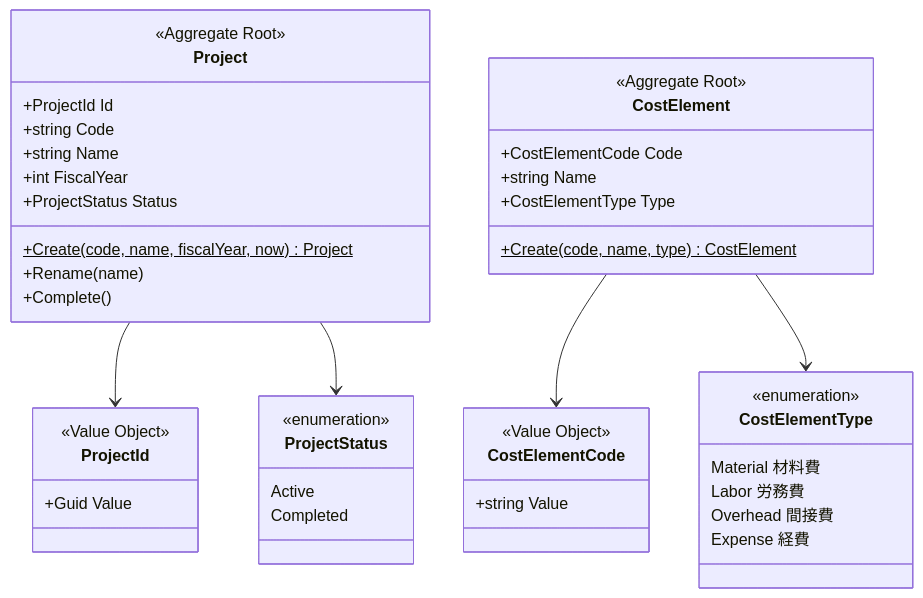
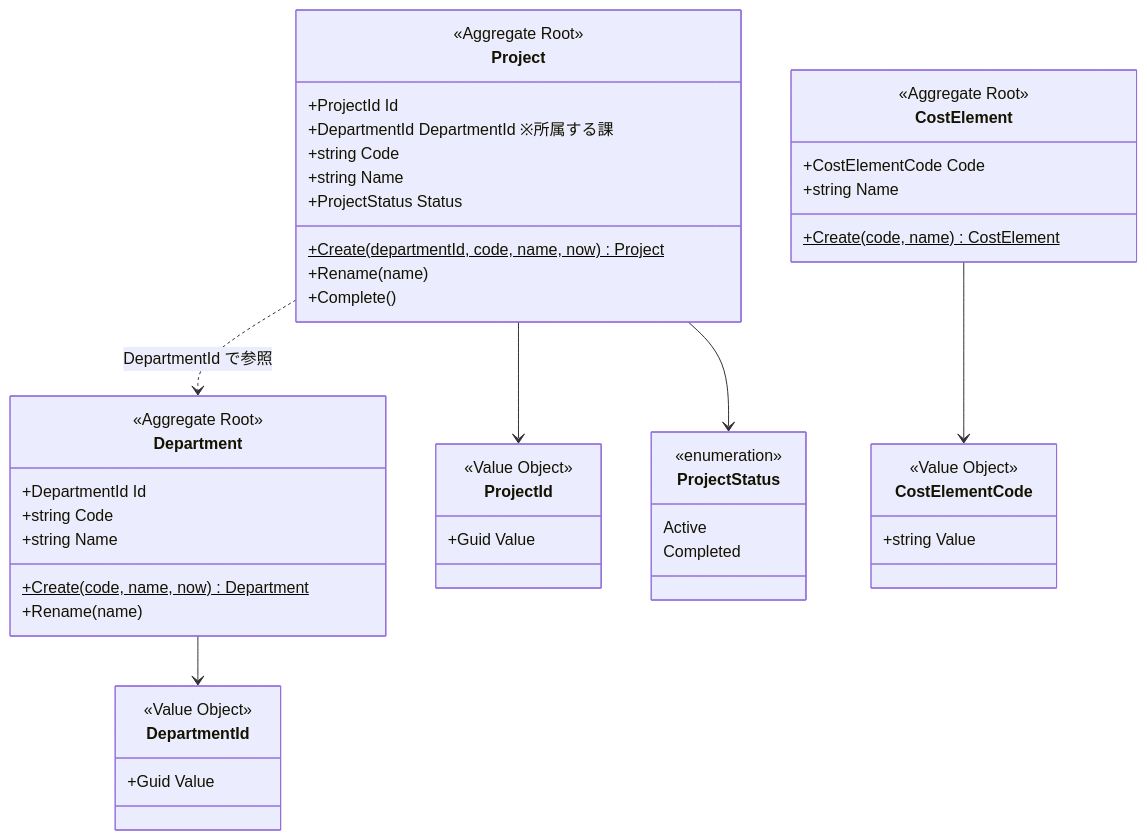
One commit to kyamanaka0923/fcpl-cost-management-system changed the sixth of 9 diagrams in docs/DESIGN.md. Above: the diagram before and after it, drawn with Mermaid. The commit also changed other lines of this file and 8 other files, not shown here.

````diff
--- a/docs/DESIGN.md
+++ b/docs/DESIGN.md
@@ -141,45 +147,50 @@
 ```mermaid
 classDiagram
+    class Department {
+        <<Aggregate Root>>
+        +DepartmentId Id
+        +string Code
+        +string Name
+        +Create(code, name, now) Department$
+        +Rename(name)
+    }
+    class DepartmentId {
+        <<Value Object>>
+        +Guid Value
+    }
     class Project {
         <<Aggregate Root>>
         +ProjectId Id
+        +DepartmentId DepartmentId ※所属する課
         +string Code
         +string Name
-        +int FiscalYear
         +ProjectStatus Status
-        +Create(code, name, fiscalYear, now) Project$
+        +Create(departmentId, code, name, now) Project$
         +Rename(name)
         +Complete()
     }
     class ProjectId {
         <<Value Object>>
         +Guid Value
     }
     class ProjectStatus {
         <<enumeration>>
         Active
         Completed
     }
     class CostElement {
         <<Aggregate Root>>
         +CostElementCode Code
         +string Name
-        +CostElementType Type
-        +Create(code, name, type) CostElement$
+        +Create(code, name) CostElement$
     }
     class CostElementCode {
         <<Value Object>>
         +string Value
     }
-    class CostElementType {
-        <<enumeration>>
-        Material 材料費
-        Labor 労務費
-        Overhead 間接費
-        Expense 経費
-    }
+    Department --> DepartmentId
     Project --> ProjectId
     Project --> ProjectStatus
+    Project ..> Department : DepartmentId で参照
     CostElement --> CostElementCode
-    CostElement --> CostElementType
 ```
````
